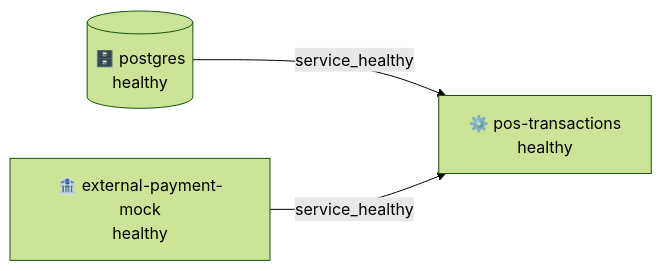
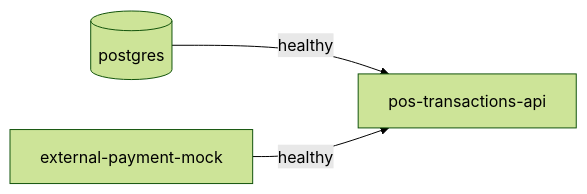
One commit to vnoxiaene/pos-transactions changed the second of 7 diagrams in README.md. Above: the diagram before and after it, drawn with Mermaid (forest theme). The commit also changed other lines of this file, not shown here.

Commit message:
docs: update README with improved architecture overview and module responsibilities

````diff
--- a/README.md
+++ b/README.md
@@ -70,9 +70,5 @@
 ```mermaid
 graph LR
-    PG[("🗄️ postgres\nhealthy")]
-    Mock["🏦 external-payment-mock\nhealthy"]
-    App["⚙️ pos-transactions\nhealthy"]
-
-    PG -->|"service_healthy"| App
-    Mock -->|"service_healthy"| App
+    PG[(postgres)] -->|healthy| API[pos-transactions-api]
+    MOCK[external-payment-mock] -->|healthy| API
 ```
````
